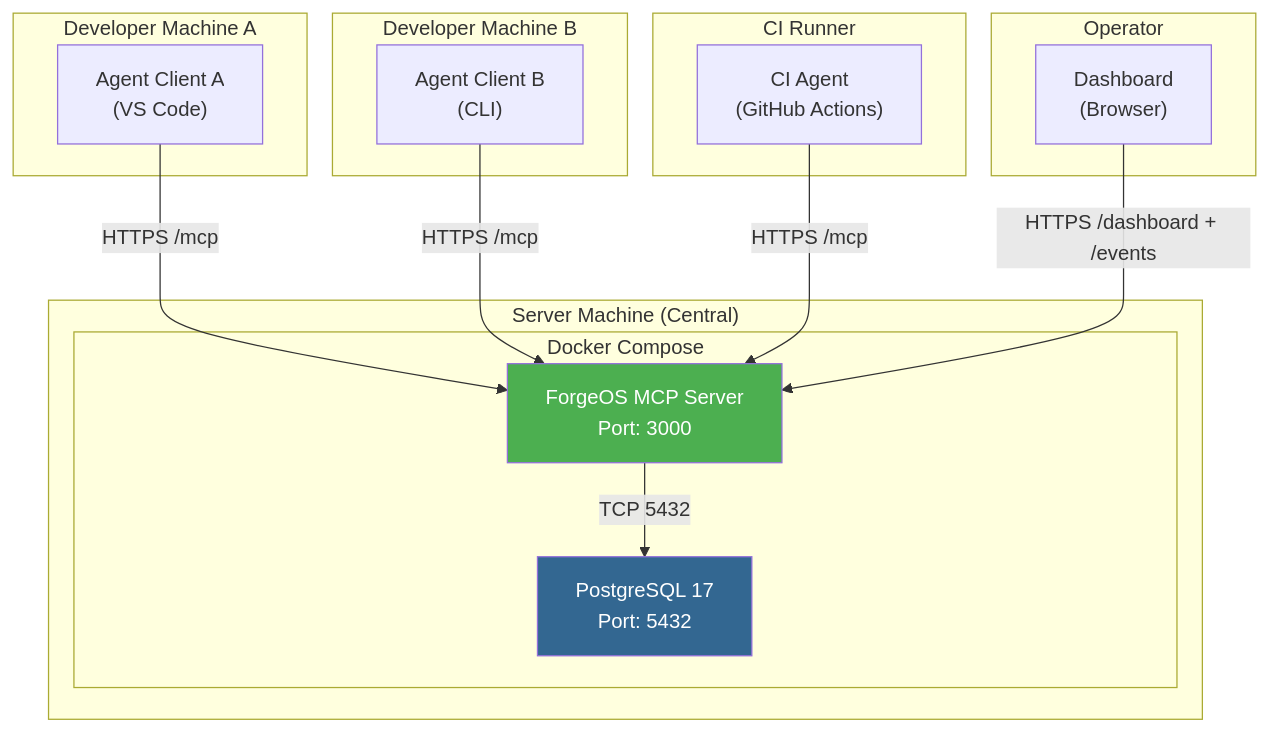
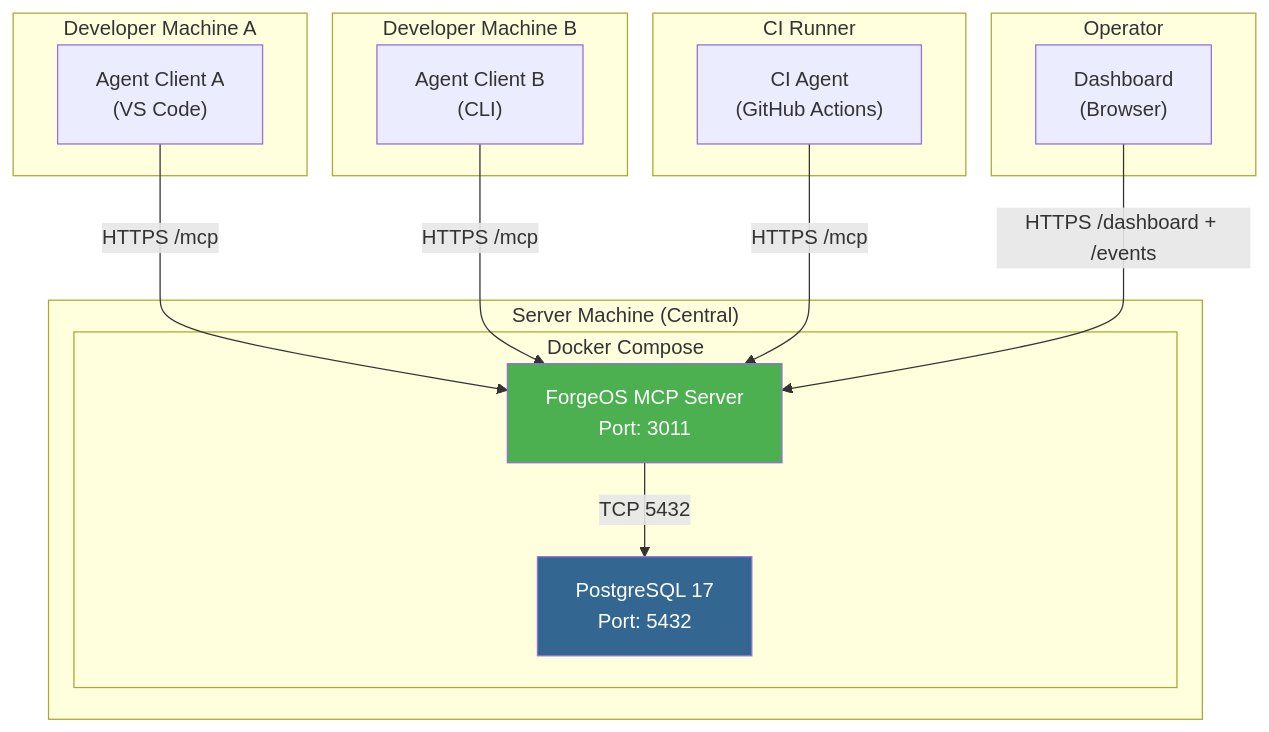
Before and after one commit to ReaperOAK/ForgeOS: the fifth of 8 diagrams in docs/architecture/system-components.md, drawn with Mermaid. The commit also changed other lines of this file and 119 other files, not shown here.

First line of the commit message:
Update MCP server port to 3011 across the application

````diff
--- a/docs/architecture/system-components.md
+++ b/docs/architecture/system-components.md
@@ -585,34 +585,34 @@
 ```mermaid
 graph TB
     subgraph "Server Machine (Central)"
         subgraph "Docker Compose"
             PG["PostgreSQL 17<br>Port: 5432"]
-            SERVER["ForgeOS MCP Server<br>Port: 3000"]
+            SERVER["ForgeOS MCP Server<br>Port: 3011"]
         end
     end
 
     subgraph "Developer Machine A"
         AGENT_A["Agent Client A<br>(VS Code)"]
     end
 
     subgraph "Developer Machine B"
         AGENT_B["Agent Client B<br>(CLI)"]
     end
 
     subgraph "CI Runner"
         AGENT_CI["CI Agent<br>(GitHub Actions)"]
     end
 
     subgraph "Operator"
         DASH["Dashboard<br>(Browser)"]
     end
 
     AGENT_A -->|"HTTPS /mcp"| SERVER
     AGENT_B -->|"HTTPS /mcp"| SERVER
     AGENT_CI -->|"HTTPS /mcp"| SERVER
     DASH -->|"HTTPS /dashboard + /events"| SERVER
     SERVER -->|"TCP 5432"| PG
 
     style SERVER fill:#4CAF50,color:#fff
     style PG fill:#336791,color:#fff
 ```
````
